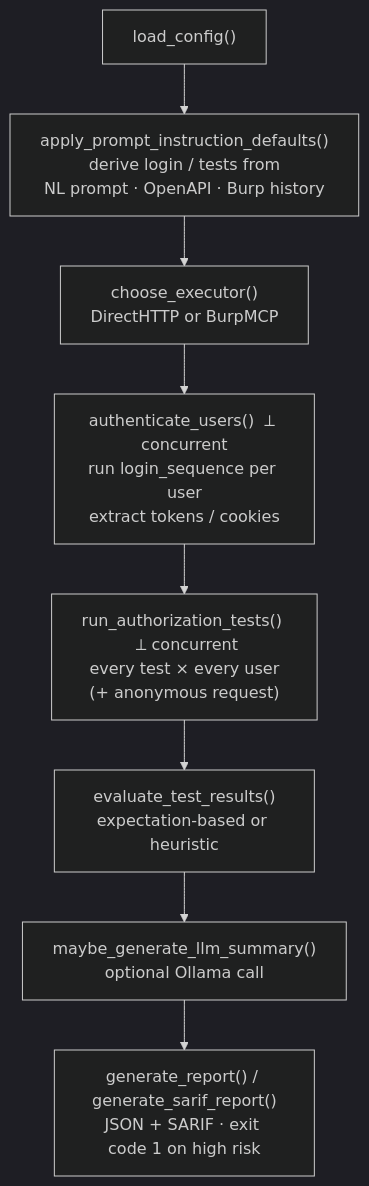
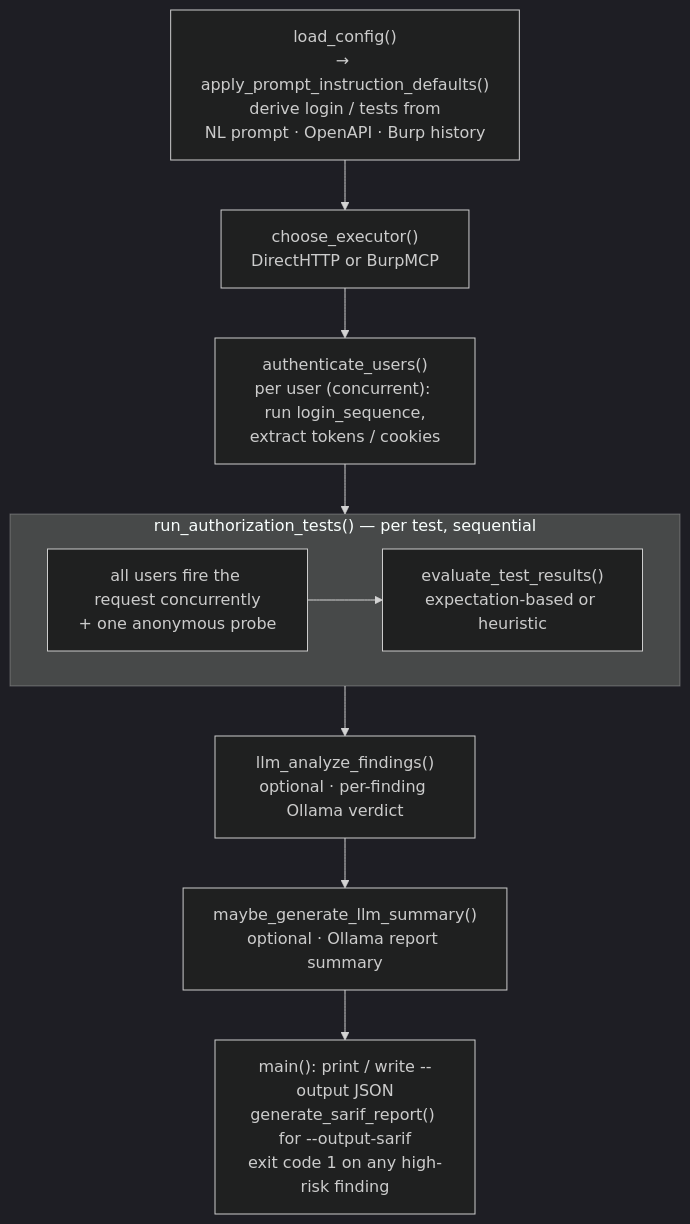
Before and after one commit to swiru95/iDOR-Scanner: the first of 2 diagrams in README.md, drawn with Mermaid (dark theme). The commit also changed other lines of this file, not shown here.

Commit message:
mermaid updates

````diff
--- a/README.md
+++ b/README.md
@@ -37,13 +39,18 @@
 ```mermaid
 flowchart TD
-    LOAD["load_config()"]
-    DEFAULTS["apply_prompt_instruction_defaults()\nderive login / tests from\nNL prompt · OpenAPI · Burp history"]
+    LOAD["load_config()\n→ apply_prompt_instruction_defaults()\nderive login / tests from\nNL prompt · OpenAPI · Burp history"]
     EXEC["choose_executor()\nDirectHTTP or BurpMCP"]
-    AUTH["authenticate_users()  ⟂ concurrent\nrun login_sequence per user\nextract tokens / cookies"]
-    TESTS["run_authorization_tests()  ⟂ concurrent\nevery test × every user\n(+ anonymous request)"]
-    EVAL["evaluate_test_results()\nexpectation-based or heuristic"]
-    SUMMARY["maybe_generate_llm_summary()\noptional Ollama call"]
-    REPORT["generate_report() / generate_sarif_report()\nJSON + SARIF · exit code 1 on high risk"]
+    AUTH["authenticate_users()\nper user (concurrent): run login_sequence,\nextract tokens / cookies"]
 
-    LOAD --> DEFAULTS --> EXEC --> AUTH --> TESTS --> EVAL --> SUMMARY --> REPORT
+    subgraph TESTPHASE["run_authorization_tests() — per test, sequential"]
+        FIRE["all users fire the request concurrently\n+ one anonymous probe"]
+        EVAL["evaluate_test_results()\nexpectation-based or heuristic"]
+        FIRE --> EVAL
+    end
+
+    ANALYZE["llm_analyze_findings()\noptional · per-finding Ollama verdict"]
+    SUMMARY["maybe_generate_llm_summary()\noptional · Ollama report summary"]
+    OUTPUT["main(): print / write --output JSON\ngenerate_sarif_report() for --output-sarif\nexit code 1 on any high-risk finding"]
+
+    LOAD --> EXEC --> AUTH --> TESTPHASE --> ANALYZE --> SUMMARY --> OUTPUT
 ```
````
